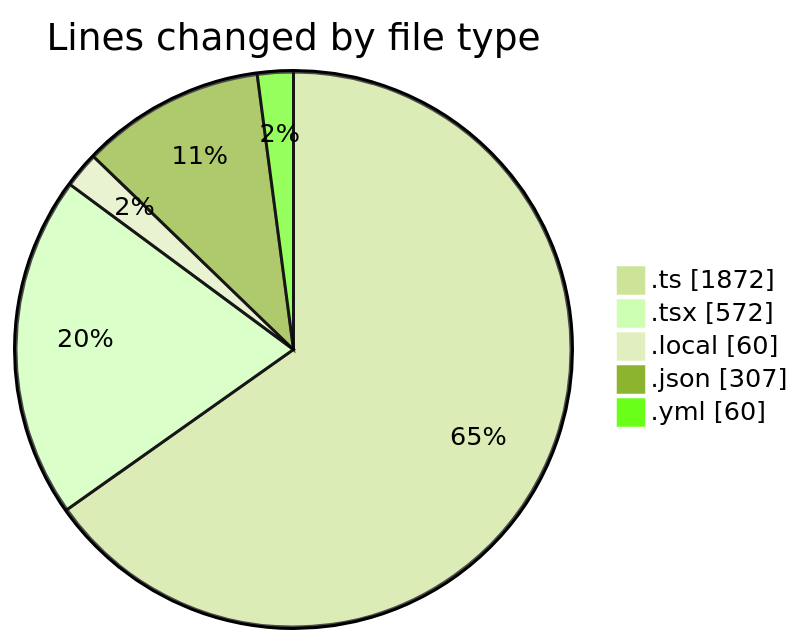
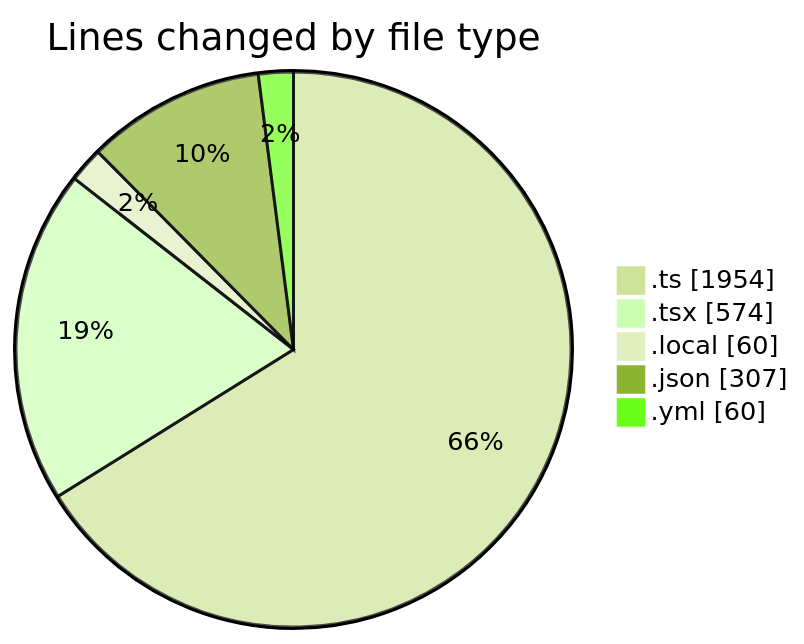
Before and after one commit to julien-gomy/code-tracking: the first of 2 diagrams in 2025-11-26/eventscop-frontend-guide__workspace_/README.md, drawn with Mermaid (forest theme). The commit also changed other lines of this file and 1 other file, not shown here.

````diff
--- a/2025-11-26/eventscop-frontend-guide__workspace_/README.md
+++ b/2025-11-26/eventscop-frontend-guide__workspace_/README.md
@@ -32,9 +33,9 @@
 ```mermaid
 pie showData
 title Lines changed by file type
-".ts" : 1872
-".tsx" : 572
+".ts" : 1954
+".tsx" : 574
 ".local" : 60
 ".json" : 307
 ".yml" : 60
 ```
````
